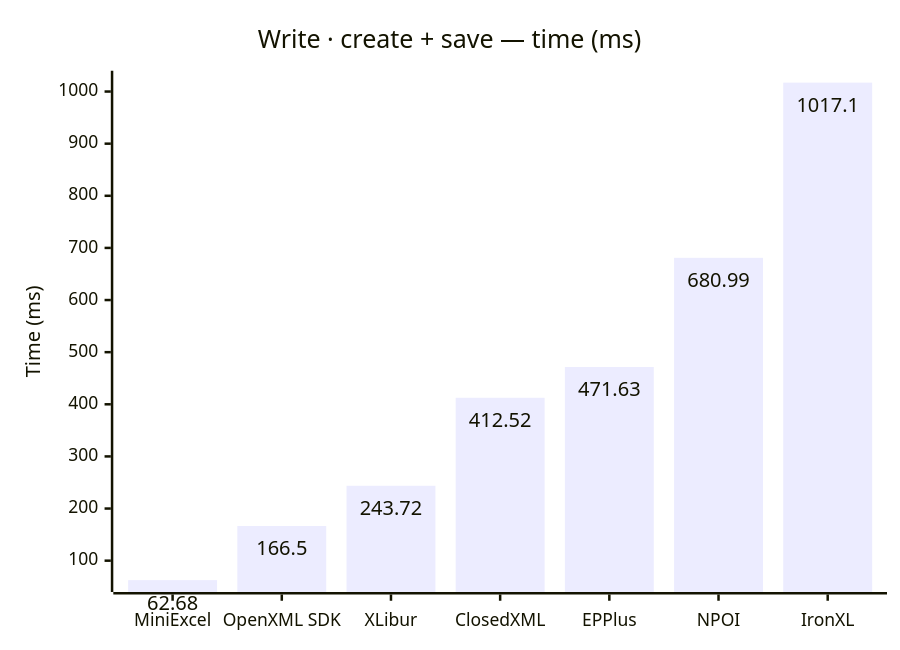
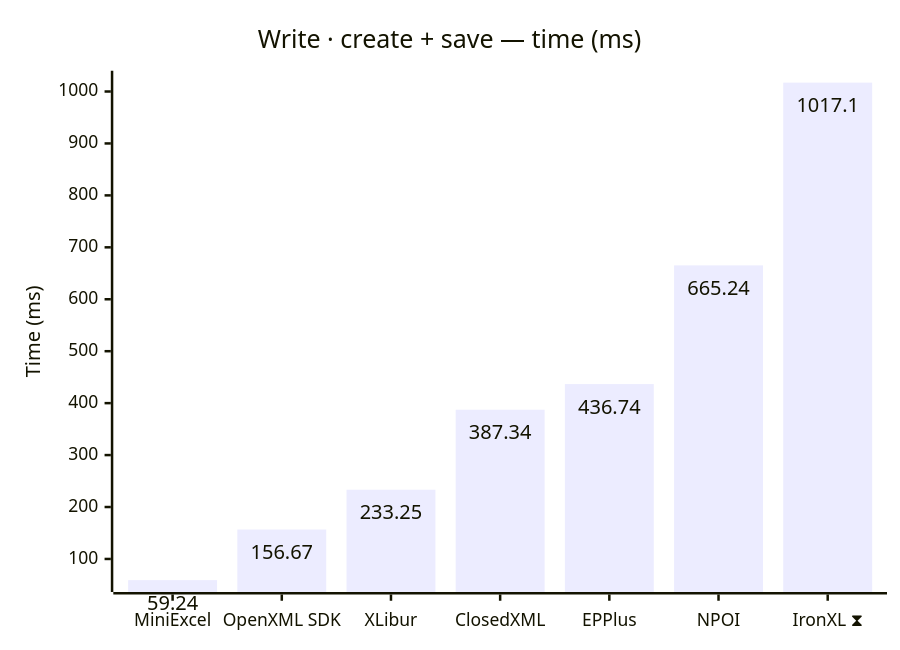
One commit to jafin/XLBench changed the fifth of 8 diagrams in docs/results.md. Above: the diagram before and after it, drawn with Mermaid. The commit also changed other lines of this file and 2 other files, not shown here.

First line of the commit message:
docs: refresh benchmark results on XLibur 0.200.0

````diff
--- a/docs/results.md
+++ b/docs/results.md
@@ -87,12 +91,12 @@
 ```mermaid
 ---
 config:
   xyChart:
     showDataLabel: true
 ---
 xychart-beta
     title "Write · create + save — time (ms)"
-    x-axis ["MiniExcel", "OpenXML SDK", "XLibur", "ClosedXML", "EPPlus", "NPOI", "IronXL"]
+    x-axis ["MiniExcel", "OpenXML SDK", "XLibur", "ClosedXML", "EPPlus", "NPOI", "IronXL ⧗"]
     y-axis "Time (ms)"
-    bar [62.68, 166.5, 243.72, 412.52, 471.63, 680.99, 1017.1]
+    bar [59.24, 156.67, 233.25, 387.34, 436.74, 665.24, 1017.1]
 ```
````
